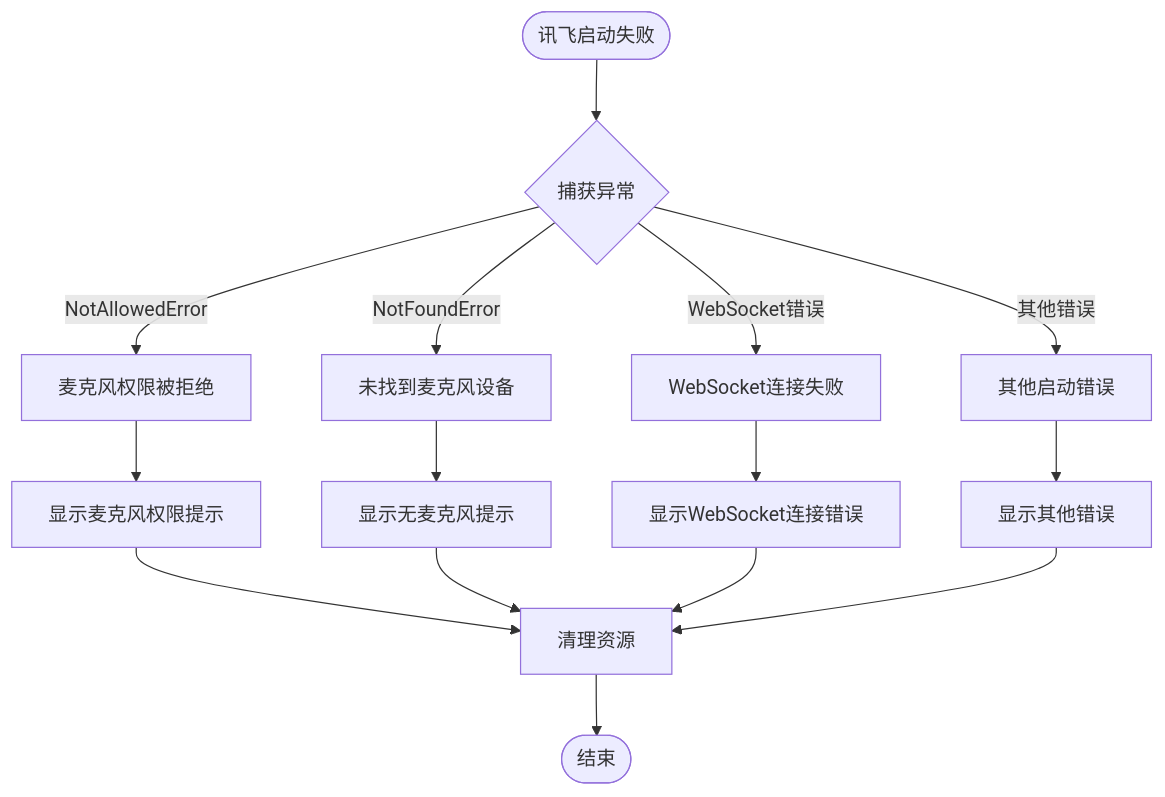
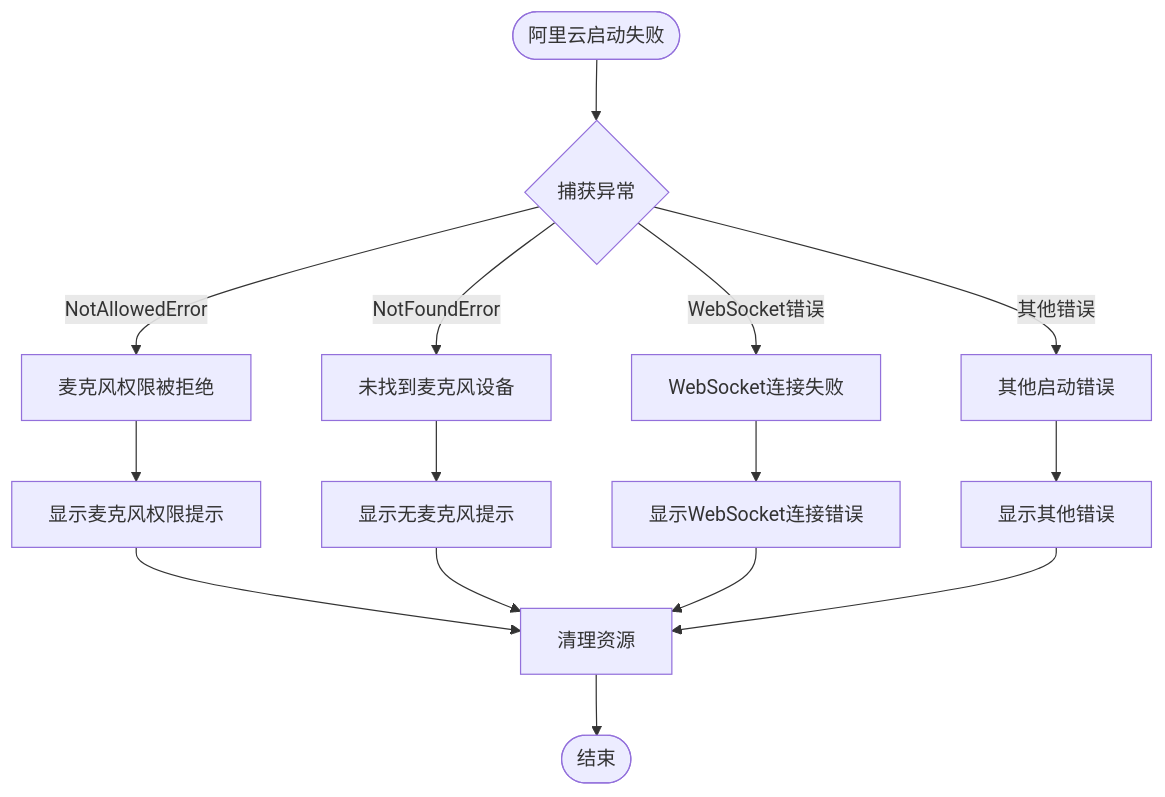
The fourth of 8 diagrams in .qoder/repowiki/zh/content/故障排除指南/错误处理和调试.md (db300/MySpeechRecognition), drawn with Mermaid before and after one commit. The commit also changed other lines of this file and 10 other files, not shown here.

````diff
--- a/.qoder/repowiki/zh/content/故障排除指南/错误处理和调试.md
+++ b/.qoder/repowiki/zh/content/故障排除指南/错误处理和调试.md
@@ -166,17 +158,17 @@
 ```mermaid
 flowchart TD
-Start([讯飞启动失败]) --> CatchErr{捕获异常}
+Start([阿里云启动失败]) --> CatchErr{捕获异常}
 CatchErr --> |NotAllowedError| MicPermission[麦克风权限被拒绝]
 CatchErr --> |NotFoundError| NoMic[未找到麦克风设备]
 CatchErr --> |WebSocket错误| WSConnect[WebSocket连接失败]
 CatchErr --> |其他错误| OtherErr[其他启动错误]
 MicPermission --> ShowMicMsg[显示麦克风权限提示]
 NoMic --> ShowNoMicMsg[显示无麦克风提示]
 WSConnect --> ShowWSMsg[显示WebSocket连接错误]
 OtherErr --> ShowOtherMsg[显示其他错误]
 ShowMicMsg --> Cleanup[清理资源]
 ShowNoMicMsg --> Cleanup
 ShowWSMsg --> Cleanup
 ShowOtherMsg --> Cleanup
 Cleanup --> End([结束])
 ```
````
